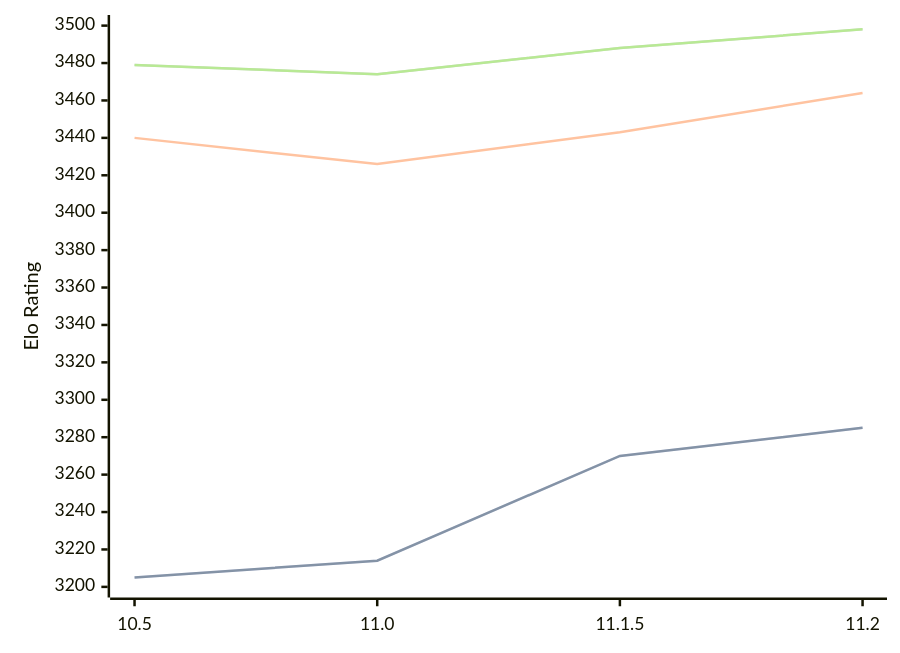
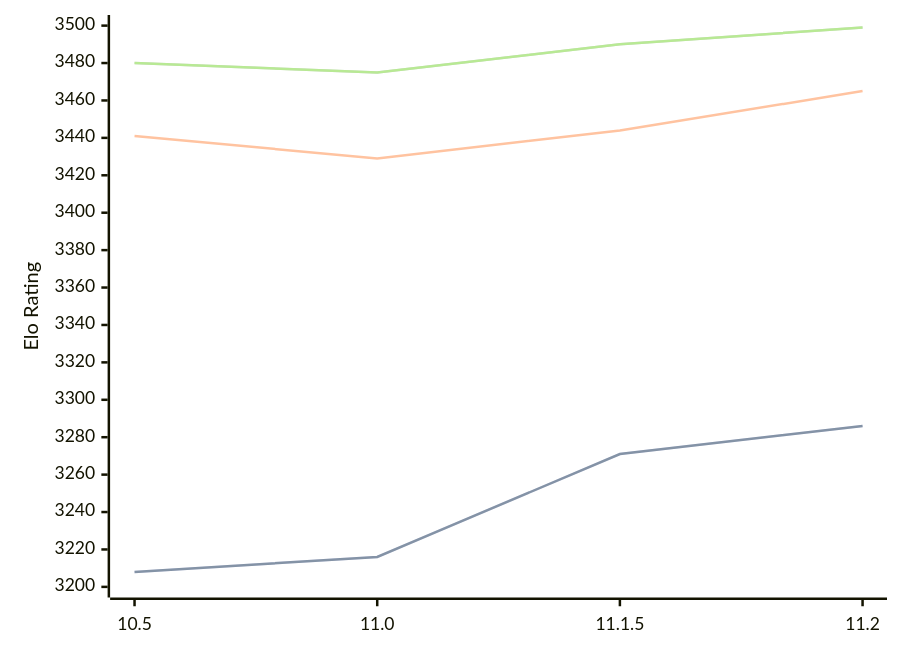
The diagram in engines/Lizard.md (computer-chess-index/cci), drawn with Mermaid before and after one commit. The commit also changed other lines of this file, not shown here.

Commit message:
Update CCI Ratings (ELO VLTC) - 2026-06-11

````diff
--- a/engines/Lizard.md
+++ b/engines/Lizard.md
@@ -46,11 +46,11 @@
 ```mermaid
 %%{init: {"theme":"base","themeVariables":{"seriesColors:['#a3a3a3','#222221','#faa371']}}}%%
 xychart-beta
   x-axis ["10.5", "11.0", "11.1.5", "11.2"]
   y-axis "Elo Rating" 3200 --> 3500
-  line "STC (8.0+0.08s)" [3205, 3214, 3270, 3285]
-  line "STC (8.0+0.08s)" [3205, 3214, 3270, 3285]
-  line "LTC (60.0+0.60s)" [3440, 3426, 3443, 3464]
-  line "VLTC (2m24s+1.12s)" [3479, 3474, 3488, 3498]
-  line "VLTC (2m24s+1.12s)" [3479, 3474, 3488, 3498]
+  line "STC (8.0+0.08s)" [3208, 3216, 3271, 3286]
+  line "STC (8.0+0.08s)" [3208, 3216, 3271, 3286]
+  line "LTC (60.0+0.60s)" [3441, 3429, 3444, 3465]
+  line "VLTC (2m24s+1.12s)" [3480, 3475, 3490, 3499]
+  line "VLTC (2m24s+1.12s)" [3480, 3475, 3490, 3499]
 ```
````
